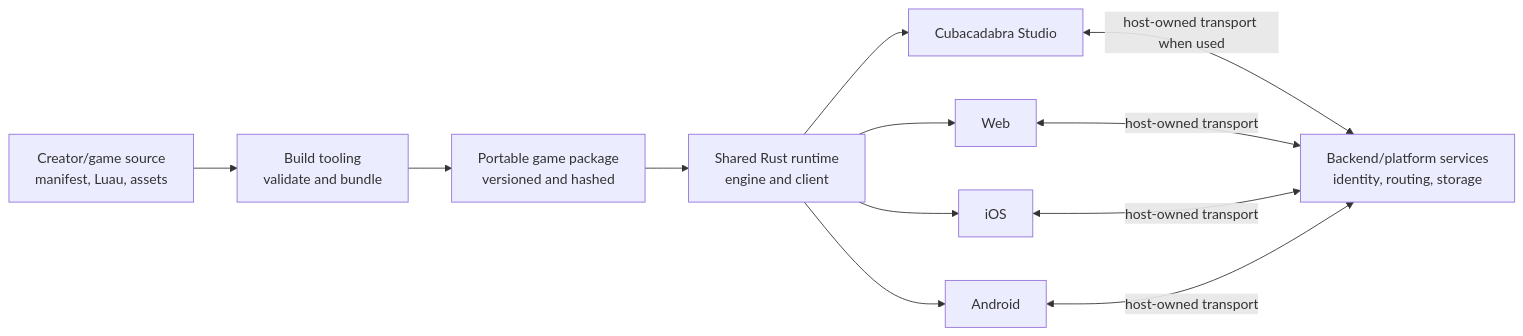
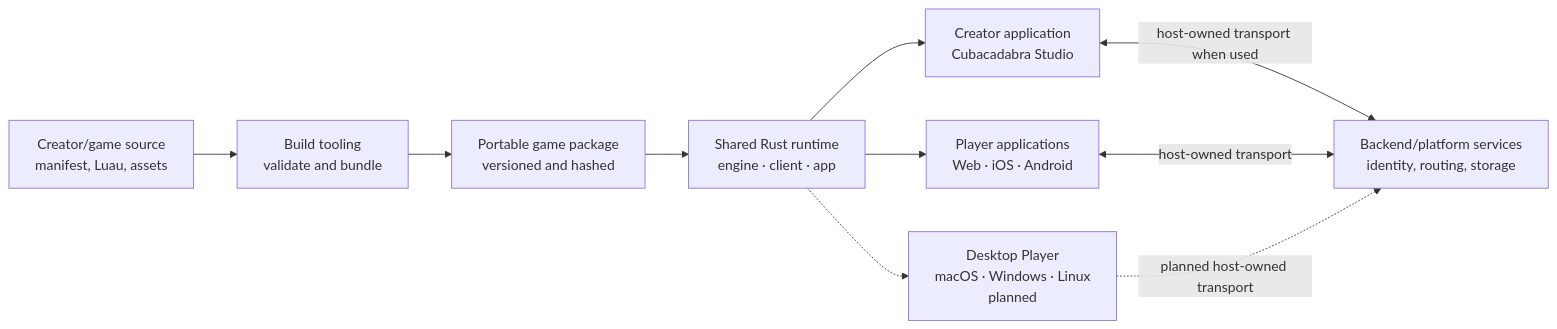
The first of 2 diagrams in architecture/overview.md (cubacadabra/docs), drawn with Mermaid before and after one commit. The commit also changed other lines of this file and 13 other files, not shown here.

Commit message:
studio vs desktop

````diff
--- a/architecture/overview.md
+++ b/architecture/overview.md
@@ -11,22 +15,19 @@
 ```mermaid
 flowchart LR
     Source["Creator/game source<br/>manifest, Luau, assets"]
     Tools["Build tooling<br/>validate and bundle"]
     Package["Portable game package<br/>versioned and hashed"]
-    Runtime["Shared Rust runtime<br/>engine and client"]
-    Studio["Cubacadabra Studio"]
-    Web["Web"]
-    IOS["iOS"]
-    Android["Android"]
+    Runtime["Shared Rust runtime<br/>engine · client · app"]
+    Studio["Creator application<br/>Cubacadabra Studio"]
+    Player["Player applications<br/>Web · iOS · Android"]
+    Desktop["Desktop Player<br/>macOS · Windows · Linux<br/>planned"]
     Backend["Backend/platform services<br/>identity, routing, storage"]
 
     Source --> Tools --> Package --> Runtime
     Runtime --> Studio
-    Runtime --> Web
-    Runtime --> IOS
-    Runtime --> Android
+    Runtime --> Player
+    Runtime -.-> Desktop
     Studio <-->|"host-owned transport when used"| Backend
-    Web <-->|"host-owned transport"| Backend
-    IOS <-->|"host-owned transport"| Backend
-    Android <-->|"host-owned transport"| Backend
+    Player <-->|"host-owned transport"| Backend
+    Desktop -.->|"planned host-owned transport"| Backend
 ```
````
